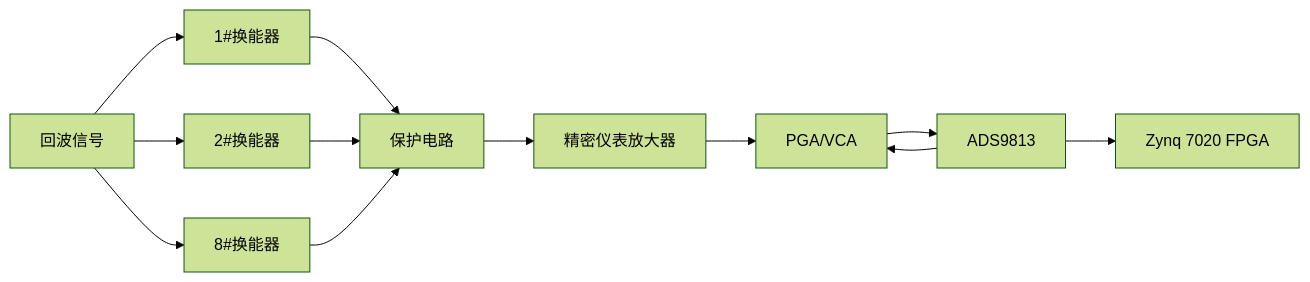
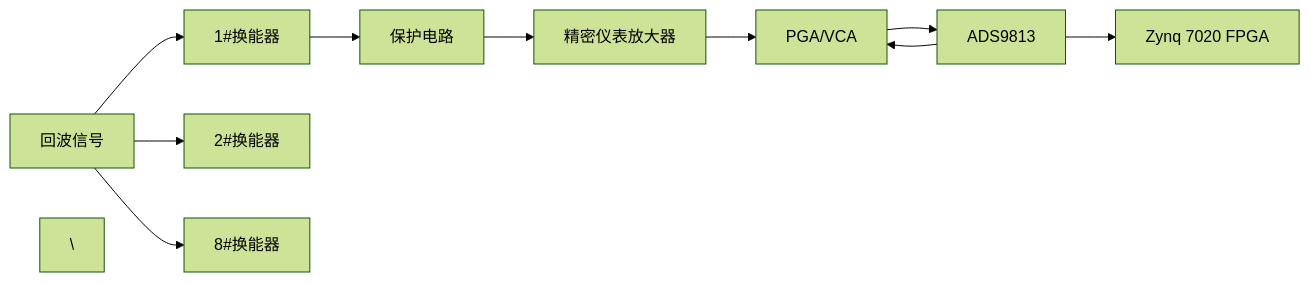
One commit to Rukawa15/iodraw-files changed the diagram in all/多通道同步采集-1.md. Above: the diagram before and after it, drawn with Mermaid (forest theme).

Commit message:
2025-06-19 14:05:14 update

````diff
--- a/all/多通道同步采集-1.md
+++ b/all/多通道同步采集-1.md
@@ -1,17 +1,16 @@
 ```mermaid
 graph LR
 A[回波信号]
 A --> B1[1#换能器]
 A --> B2[2#换能器]
 A --> B8[8#换能器]
 B1 --> C[保护电路]
-B2 --> C[保护电路]
-B8 --> C[保护电路] 
+\
 C --> D[精密仪表放大器] 
 D --> E[PGA/VCA] 
 E --> F[ADS9813] 
 F --> G[Zynq 7020 FPGA]
 
 F --> E
 
 ```
````
